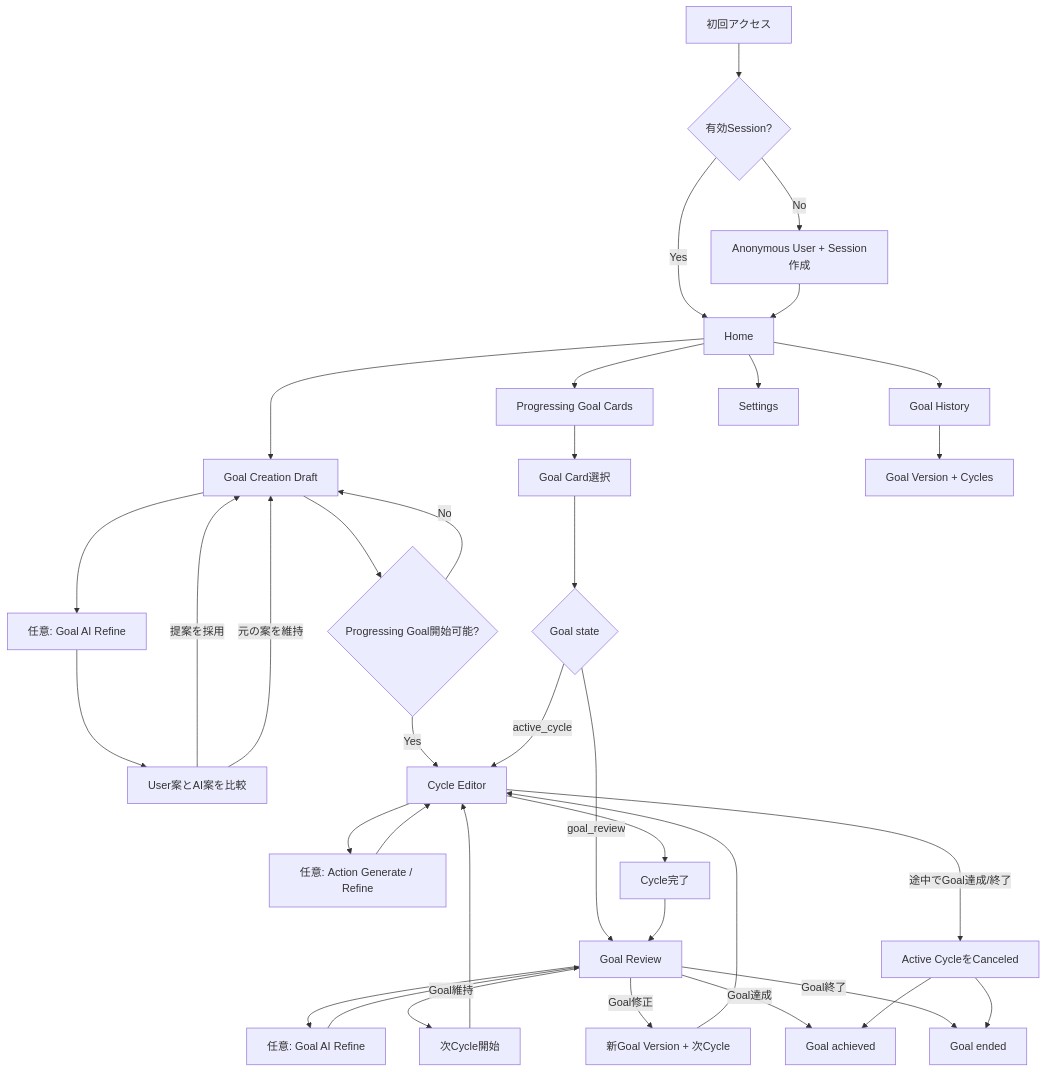
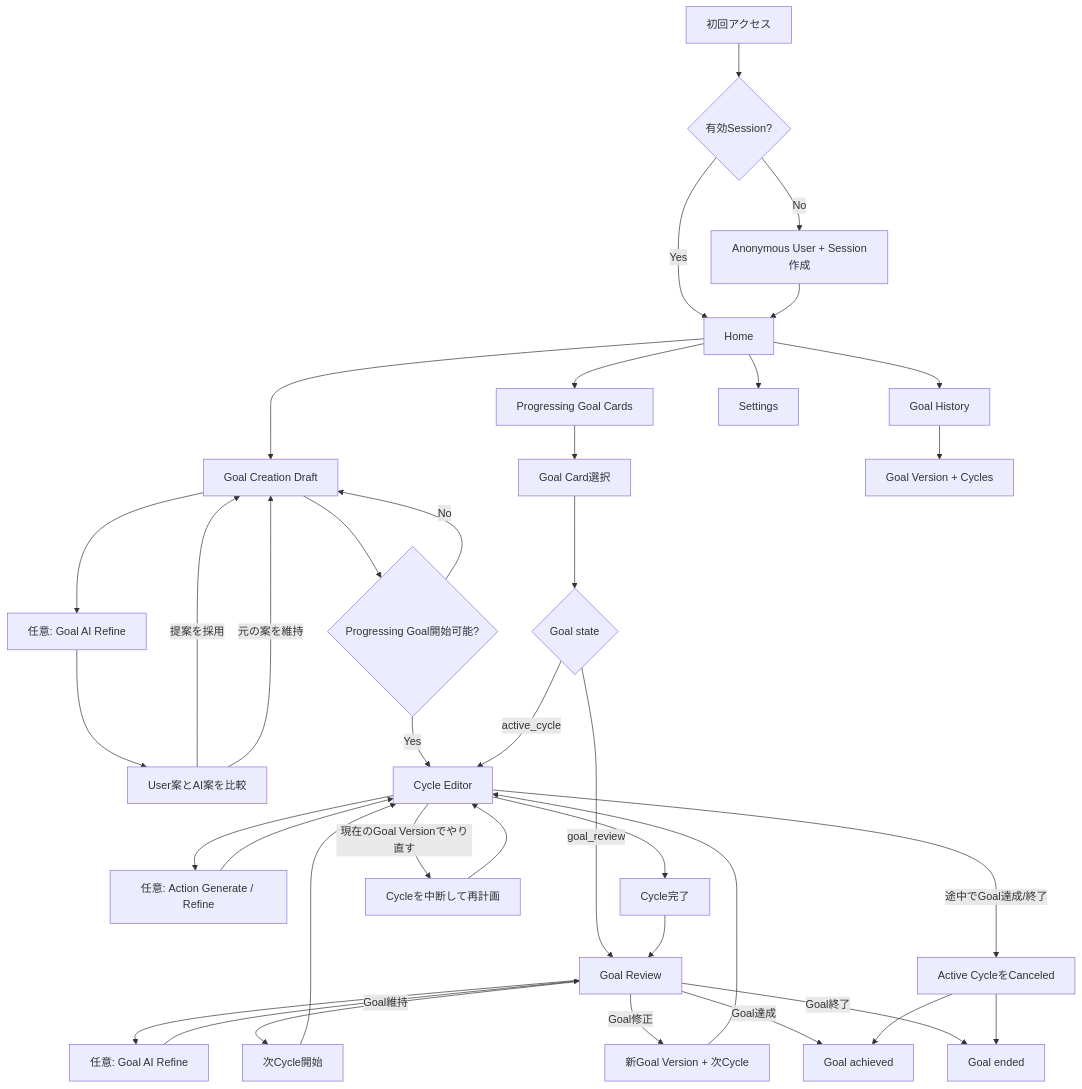
The second of 11 diagrams in docs/design.md (fukamu/cycle), drawn with Mermaid before and after one commit. The commit also changed other lines of this file and 40 other files, not shown here.

````diff
--- a/docs/design.md
+++ b/docs/design.md
@@ -298,45 +298,47 @@
 ```mermaid
 flowchart TD
     Start[初回アクセス] --> Session{有効Session?}
     Session -- No --> Anon[Anonymous User + Session作成]
     Session -- Yes --> Home[Home]
     Anon --> Home
 
     Home --> GoalCards[Progressing Goal Cards]
     Home --> NewGoal[Goal Creation Draft]
 
     NewGoal --> GoalRefine[任意: Goal AI Refine]
     GoalRefine --> Compare[User案とAI案を比較]
     Compare -->|提案を採用| NewGoal
     Compare -->|元の案を維持| NewGoal
     NewGoal --> StartGoal{Progressing Goal開始可能?}
     StartGoal -- Yes --> CycleEditor[Cycle Editor]
     StartGoal -- No --> NewGoal
 
     GoalCards --> GoalCard[Goal Card選択]
     GoalCard --> GoalState{Goal state}
     GoalState -- active_cycle --> CycleEditor
     GoalState -- goal_review --> Review[Goal Review]
 
     CycleEditor --> ActionAI[任意: Action Generate / Refine]
     ActionAI --> CycleEditor
     CycleEditor --> Complete[Cycle完了]
     Complete --> Review
+    CycleEditor -->|現在のGoal Versionでやり直す| Replan[Cycleを中断して再計画]
+    Replan --> CycleEditor
 
     Review --> ReviewRefine[任意: Goal AI Refine]
     ReviewRefine --> Review
     Review -->|Goal維持| NextCycle[次Cycle開始]
     Review -->|Goal修正| NewVersion[新Goal Version + 次Cycle]
     Review -->|Goal達成| Achieved[Goal achieved]
     Review -->|Goal終了| Ended[Goal ended]
     NextCycle --> CycleEditor
     NewVersion --> CycleEditor
 
     CycleEditor -->|途中でGoal達成/終了| CancelCycle[Active CycleをCanceled]
     CancelCycle --> Achieved
     CancelCycle --> Ended
 
     Home --> History[Goal History]
     History --> GoalTimeline[Goal Version + Cycles]
     Home --> Settings[Settings]
 ```
````
